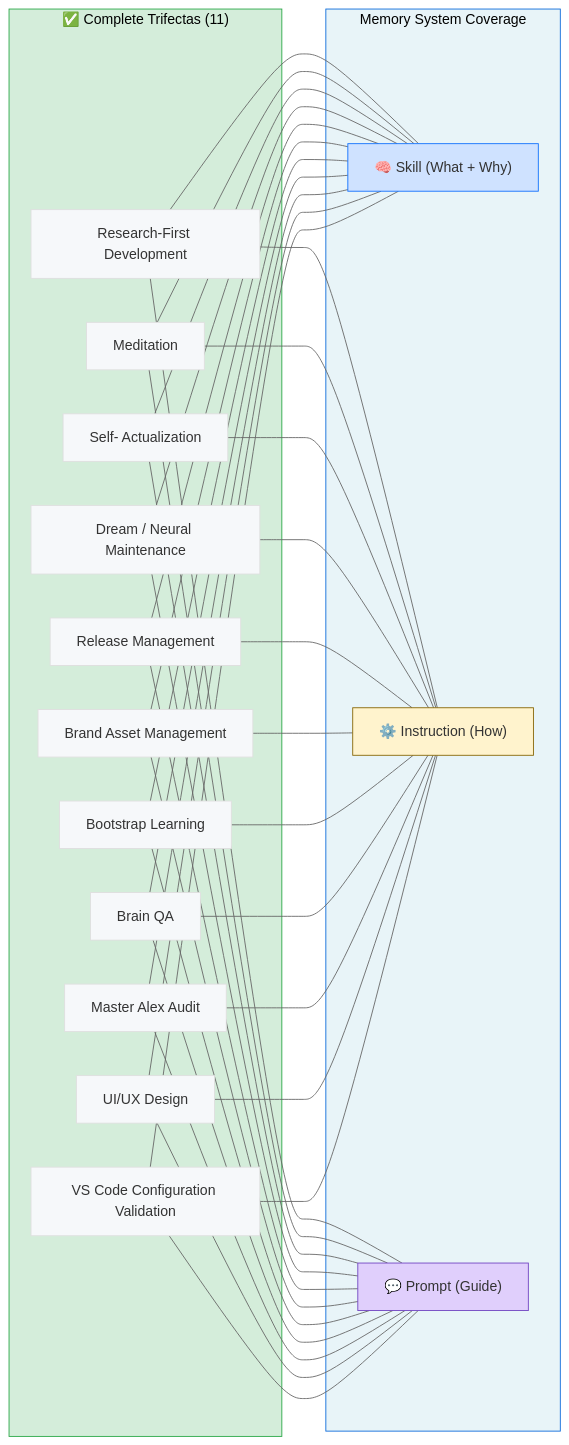
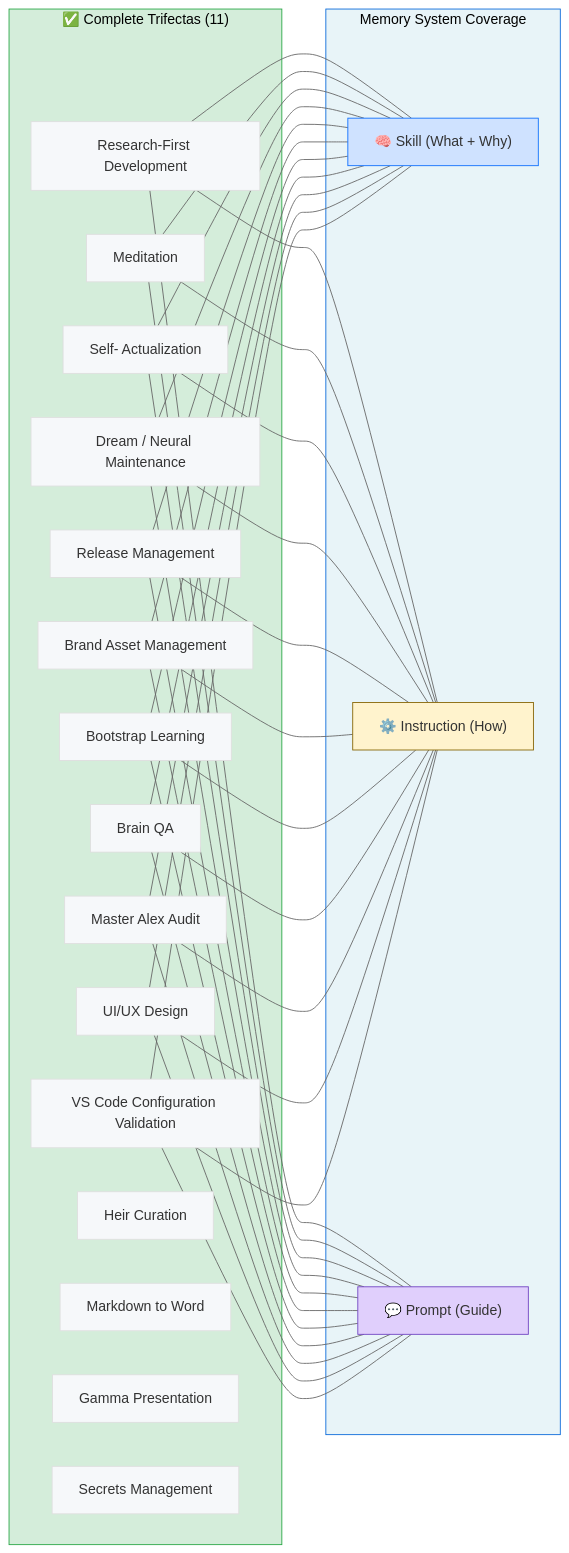
Before and after one commit to fabioc-aloha/Alex_Plug_In: the diagram in alex_docs/architecture/TRIFECTA-CATALOG.md, drawn with Mermaid. The commit also changed other lines of this file and 260 other files, not shown here.

````diff
--- a/alex_docs/architecture/TRIFECTA-CATALOG.md
+++ b/alex_docs/architecture/TRIFECTA-CATALOG.md
@@ -234,41 +281,45 @@
 ```mermaid
 %%{init: {'theme': 'base', 'themeVariables': { 'lineColor': '#666', 'primaryColor': '#f6f8fa'}}}%%
 flowchart LR
     subgraph COMPLETE["✅ Complete Trifectas (11)"]
         RFD["Research-First Development"]
         MED["Meditation"]
         SA["Self- Actualization"]
         DS["Dream / Neural Maintenance"]
         REL["Release Management"]
         BAM["Brand Asset Management"]
         BL["Bootstrap Learning"]
         BQA["Brain QA"]
         MAA["Master Alex Audit"]
         UIUX["UI/UX Design"]
         VSCC["VS Code Configuration Validation"]
+        HC["Heir Curation"]
+        MD2W["Markdown to Word"]
+        GAMMA["Gamma Presentation"]
+        SEC["Secrets Management"]
     end
 
     subgraph LAYERS["Memory System Coverage"]
         SK["🧠 Skill (What + Why)"]
         INS["⚙️ Instruction (How)"]
         PR["💬 Prompt (Guide)"]
     end
 
     RFD --- SK & INS & PR
     MED --- SK & INS & PR
     SA --- SK & INS & PR
     DS --- SK & INS & PR
     REL --- SK & INS & PR
     BAM --- SK & INS & PR
     BL --- SK & INS & PR
     BQA --- SK & INS & PR
     MAA --- SK & INS & PR
     UIUX --- SK & INS & PR
     VSCC --- SK & INS & PR
 
     style COMPLETE fill:#d4edda,stroke:#28a745
     style LAYERS fill:#e8f4f8,stroke:#0969da
     style SK fill:#cfe2ff,stroke:#0d6efd
     style INS fill:#fff3cd,stroke:#856404
     style PR fill:#e0cffc,stroke:#6f42c1
 ```
````
